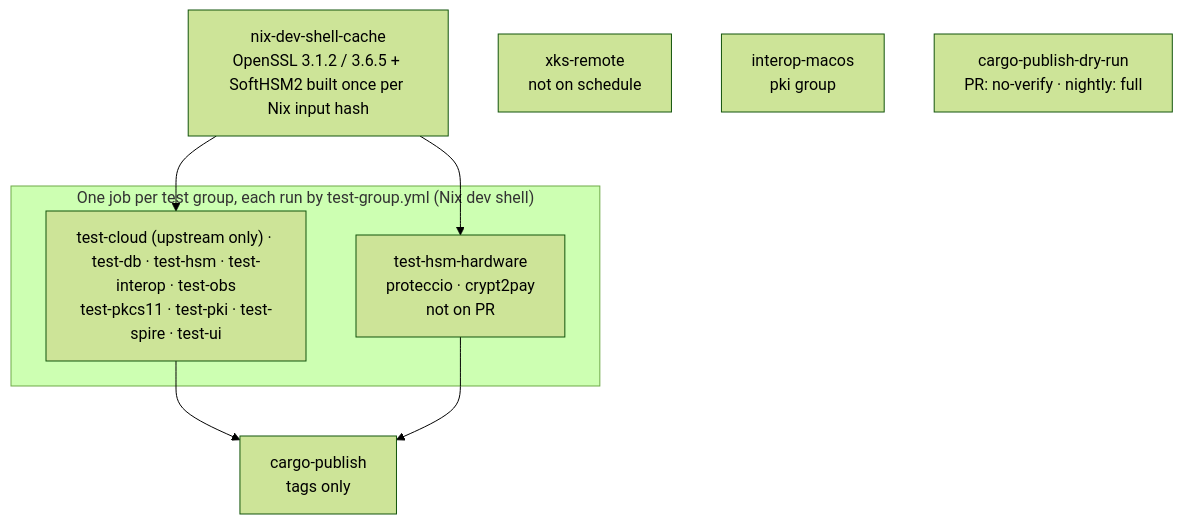
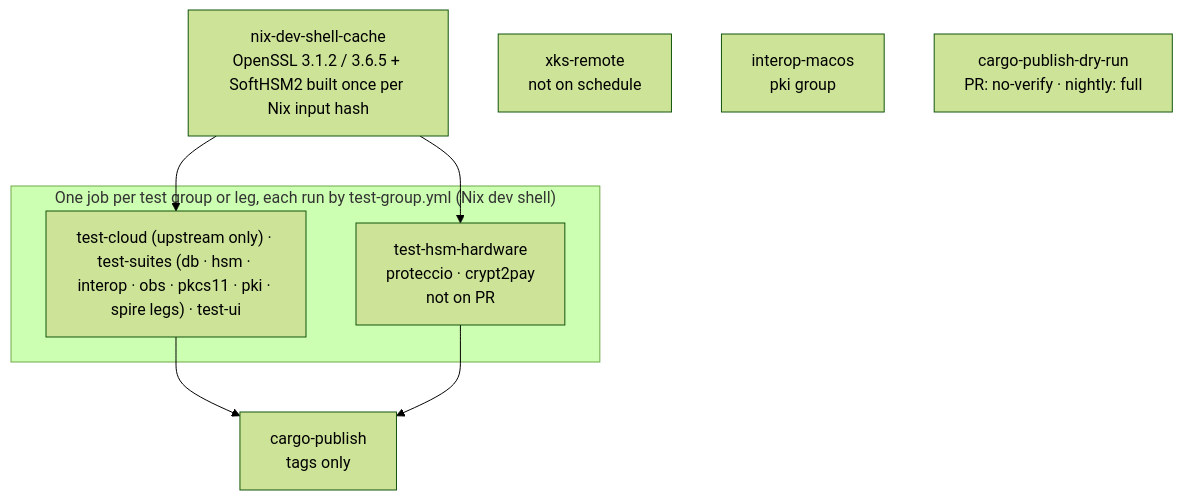
The third of 3 diagrams in .github/workflows/README_main.md (Cosmian/kms), drawn with Mermaid (forest theme) before and after one commit. The commit also changed other lines of this file and 10 other files, not shown here.

First line of the commit message:
ci: run the Docker-Hub-only suites as legs of one dynamic matrix job

````diff
--- a/.github/workflows/README_main.md
+++ b/.github/workflows/README_main.md
@@ -59,14 +59,14 @@
 ```mermaid
 flowchart TB
     Cache["nix-dev-shell-cache<br/>OpenSSL 3.1.2 / 3.6.5 + SoftHSM2 built once per Nix input hash"]
-    subgraph NixJobs["One job per test group, each run by test-group.yml (Nix dev shell)"]
-        Groups["test-cloud (upstream only) · test-db · test-hsm · test-interop · test-obs<br/>test-pkcs11 · test-pki · test-spire · test-ui"]
+    subgraph NixJobs["One job per test group or leg, each run by test-group.yml (Nix dev shell)"]
+        Groups["test-cloud (upstream only) · test-suites (db · hsm · interop · obs · pkcs11 · pki · spire legs) · test-ui"]
         Hsm["test-hsm-hardware<br/>proteccio · crypt2pay<br/>not on PR"]
     end
     Cache --> Groups & Hsm
     Xks["xks-remote<br/>not on schedule"]
     Mac["interop-macos<br/>pki group"]
     DryRun["cargo-publish-dry-run<br/>PR: no-verify · nightly: full"]
     Publish["cargo-publish<br/>tags only"]
     Groups & Hsm --> Publish
 ```
````
